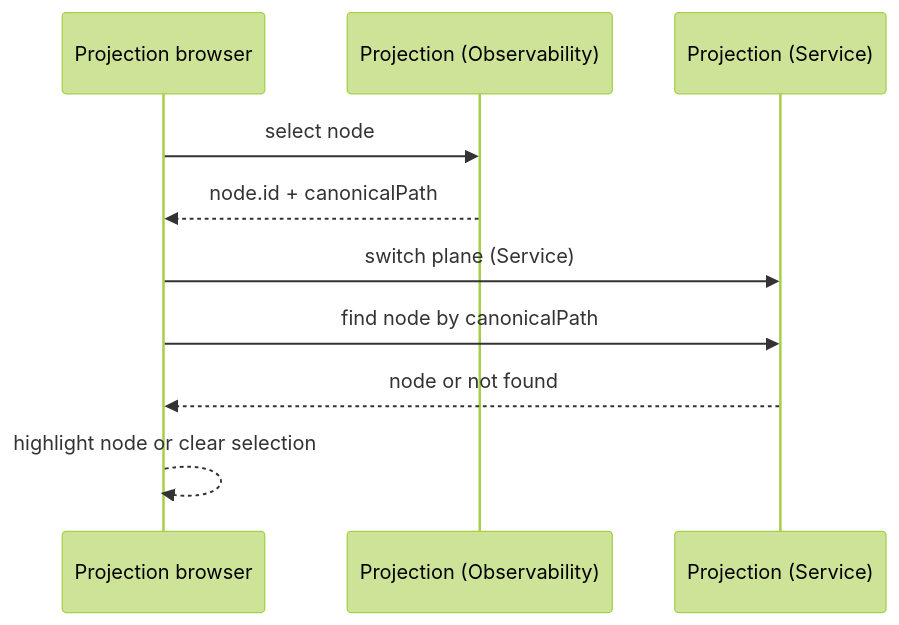
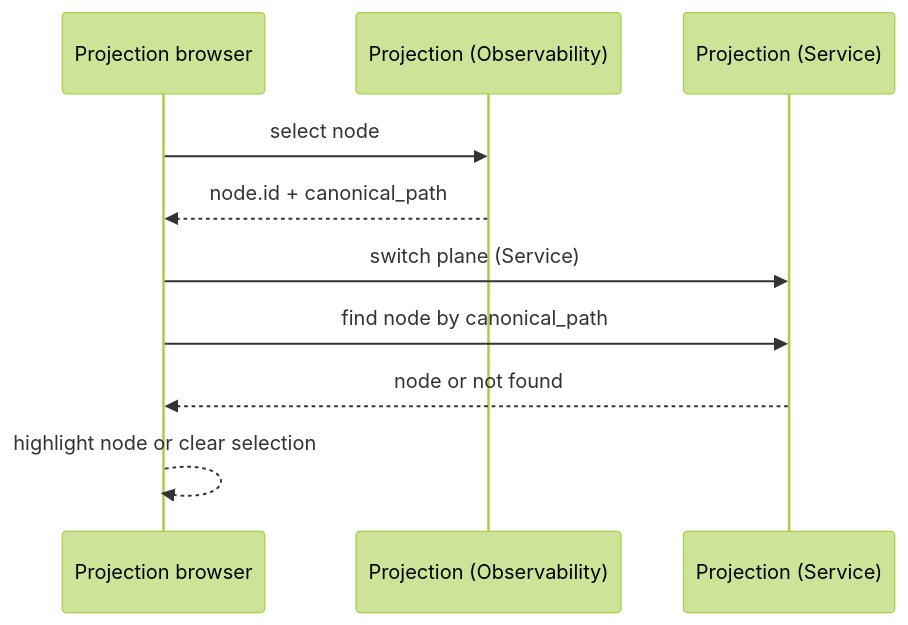
Before and after one commit to Project-Helianthus/helianthus-docs-ebus: the second of 6 diagrams in architecture/overview.md, drawn with Mermaid (forest theme). The commit also changed other lines of this file and 28 other files, not shown here.

````diff
--- a/architecture/overview.md
+++ b/architecture/overview.md
@@ -254,12 +254,12 @@
 ```mermaid
 sequenceDiagram
   participant UI as Projection browser
-  participant P1 as Projection (Observability)
-  participant P2 as Projection (Service)
-  UI->>P1: select node
-  P1-->>UI: node.id + canonicalPath
-  UI->>P2: switch plane (Service)
-  UI->>P2: find node by canonicalPath
-  P2-->>UI: node or not found
+  participant PObs as Projection (Observability)
+  participant PSvc as Projection (Service)
+  UI->>PObs: select node
+  PObs-->>UI: node.id + canonical_path
+  UI->>PSvc: switch plane (Service)
+  UI->>PSvc: find node by canonical_path
+  PSvc-->>UI: node or not found
   UI-->>UI: highlight node or clear selection
 ```
````
